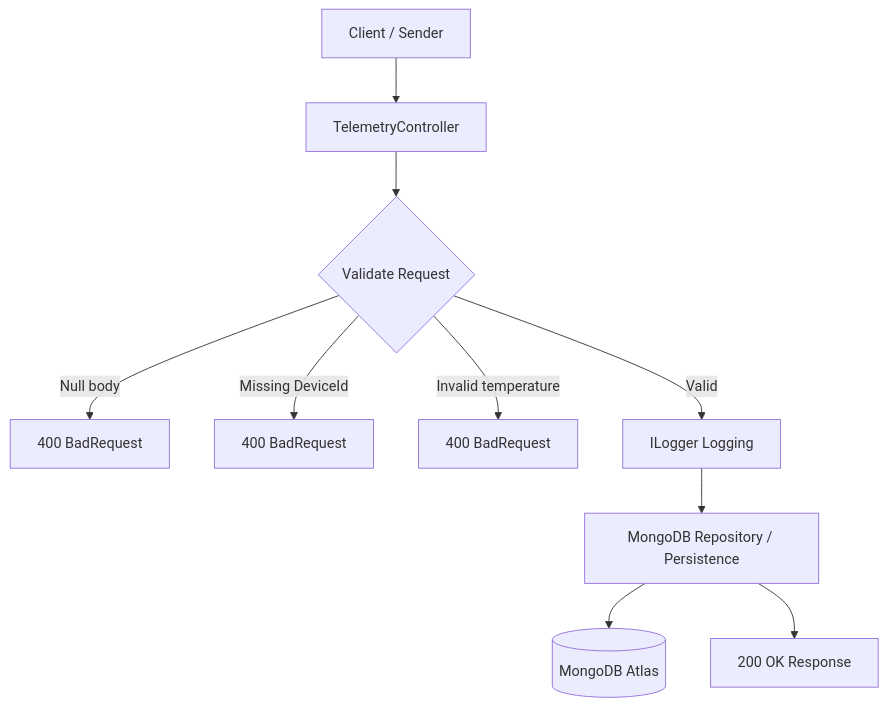
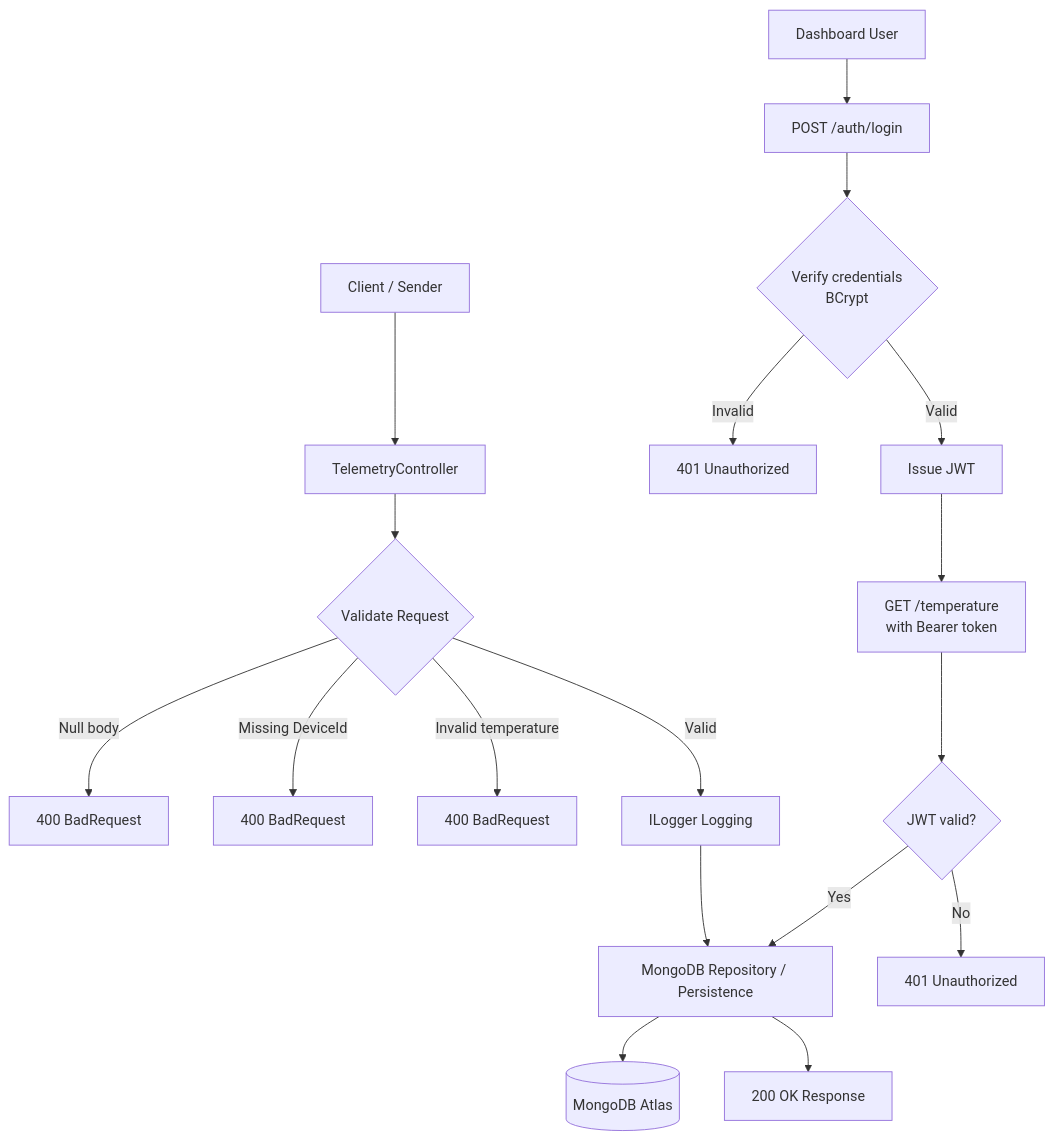
Before and after one commit to Ham15-art/temperature-telemetry-api-dotnet: the diagram in README.md, drawn with Mermaid. The commit also changed other lines of this file and 11 other files, not shown here.

````diff
--- a/README.md
+++ b/README.md
@@ -51,14 +64,23 @@
 ```mermaid
 flowchart TD
     A[Client / Sender] --> B[TelemetryController]
     B --> C{Validate Request}
 
     C -->|Null body| D[400 BadRequest]
     C -->|Missing DeviceId| E[400 BadRequest]
     C -->|Invalid temperature| F[400 BadRequest]
 
     C -->|Valid| G[ILogger Logging]
     G --> H[MongoDB Repository / Persistence]
     H --> I[(MongoDB Atlas)]
     H --> J[200 OK Response]
+
+    K[Dashboard User] --> L[POST /auth/login]
+    L --> M{Verify credentials\nBCrypt}
+    M -->|Invalid| N[401 Unauthorized]
+    M -->|Valid| O[Issue JWT]
+    O --> P[GET /temperature\nwith Bearer token]
+    P --> Q{JWT valid?}
+    Q -->|No| R[401 Unauthorized]
+    Q -->|Yes| H
 ```
````
